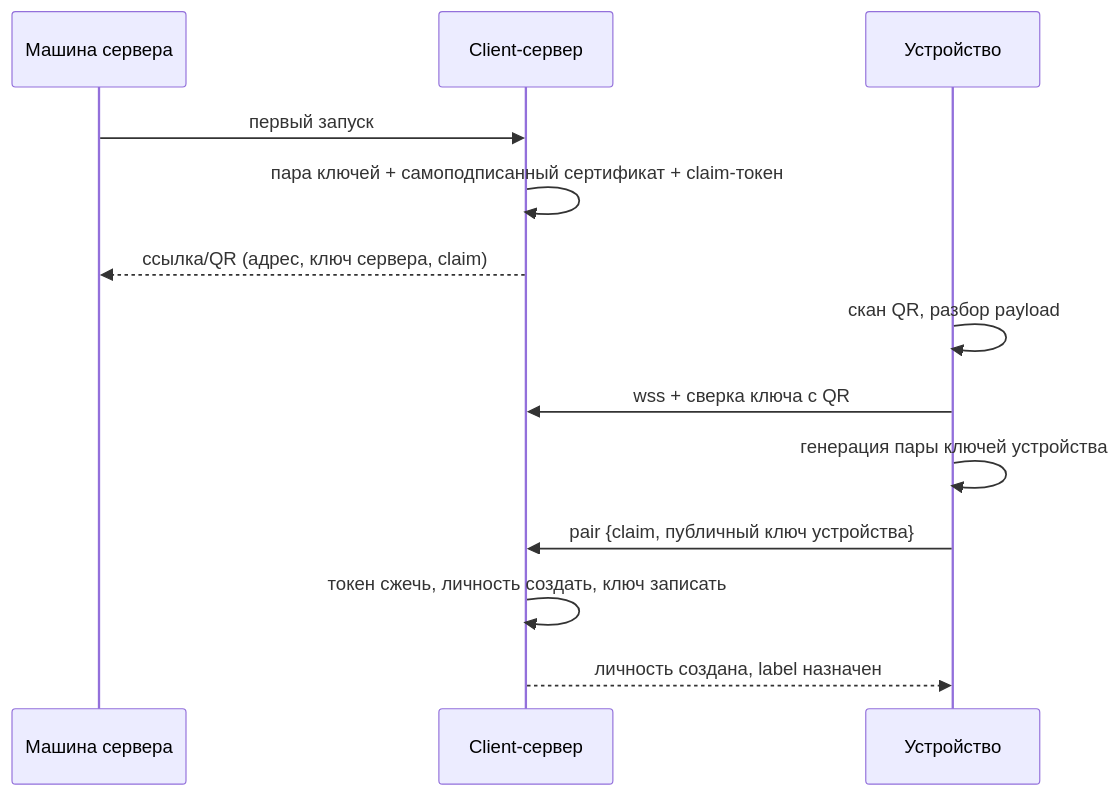
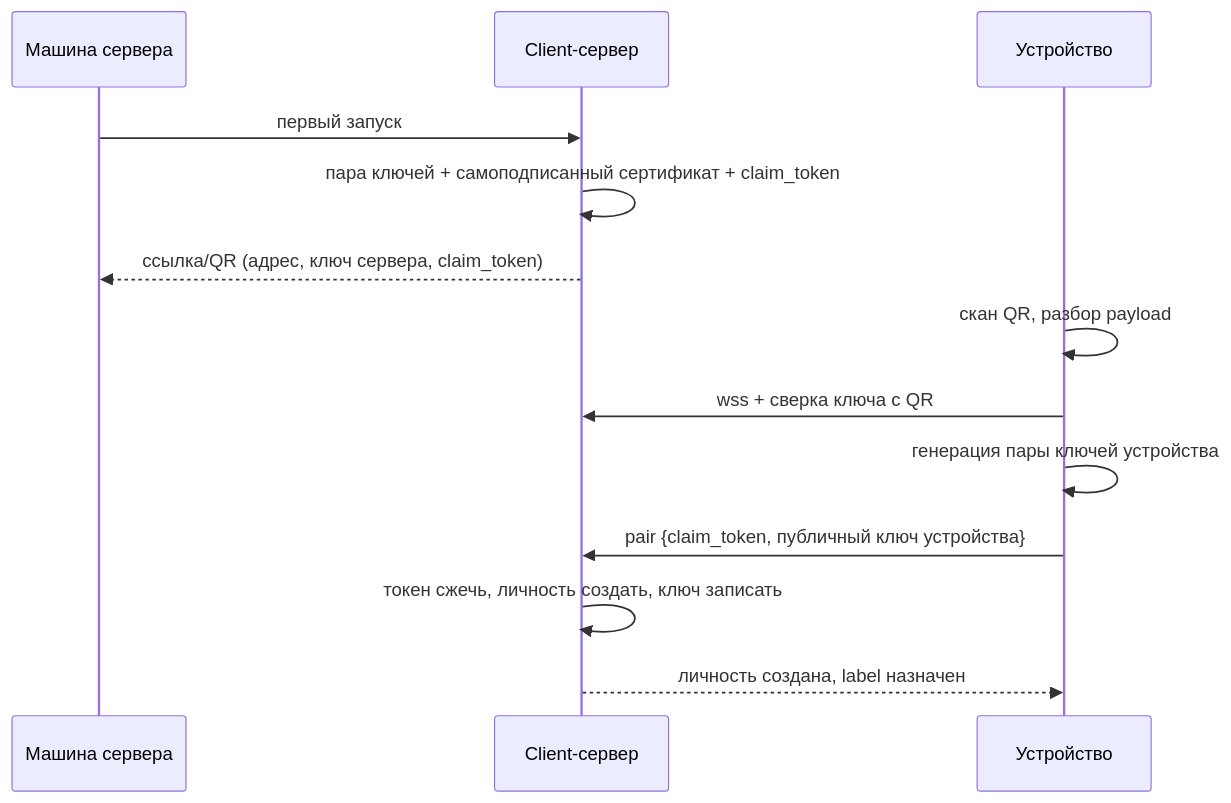
The first of 7 diagrams in docs/client-backend/architecture/authentication.md (cyphernet-labs/nox-app), drawn with Mermaid before and after one commit. The commit also changed other lines of this file and 2 other files, not shown here.

````diff
--- a/docs/client-backend/architecture/authentication.md
+++ b/docs/client-backend/architecture/authentication.md
@@ -56,15 +57,15 @@
 ```mermaid
 sequenceDiagram
   participant M as Машина сервера
   participant CB as Client-сервер
   participant D as Устройство
   M->>CB: первый запуск
-  CB->>CB: пара ключей + самоподписанный сертификат + claim-токен
-  CB-->>M: ссылка/QR (адрес, ключ сервера, claim)
+  CB->>CB: пара ключей + самоподписанный сертификат + claim_token
+  CB-->>M: ссылка/QR (адрес, ключ сервера, claim_token)
   D->>D: скан QR, разбор payload
   D->>CB: wss + сверка ключа с QR
   D->>D: генерация пары ключей устройства
-  D->>CB: pair {claim, публичный ключ устройства}
+  D->>CB: pair {claim_token, публичный ключ устройства}
   CB->>CB: токен сжечь, личность создать, ключ записать
   CB-->>D: личность создана, label назначен
 ```
````
